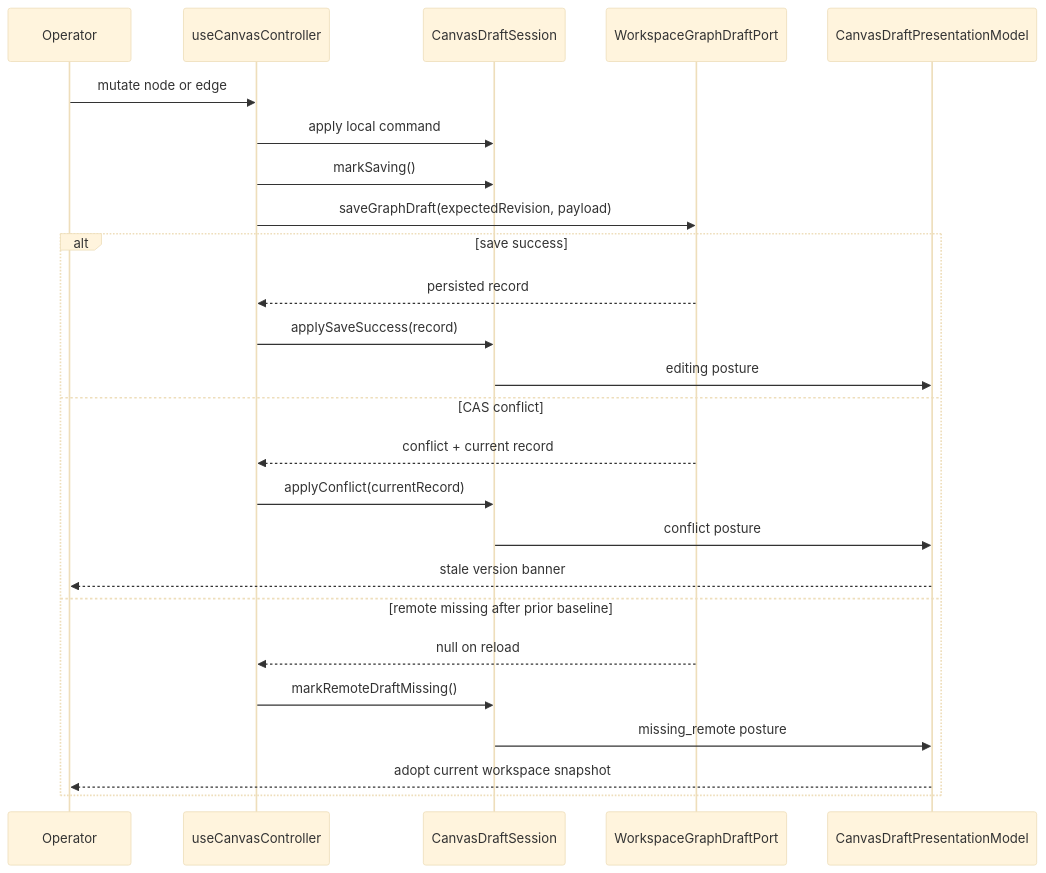
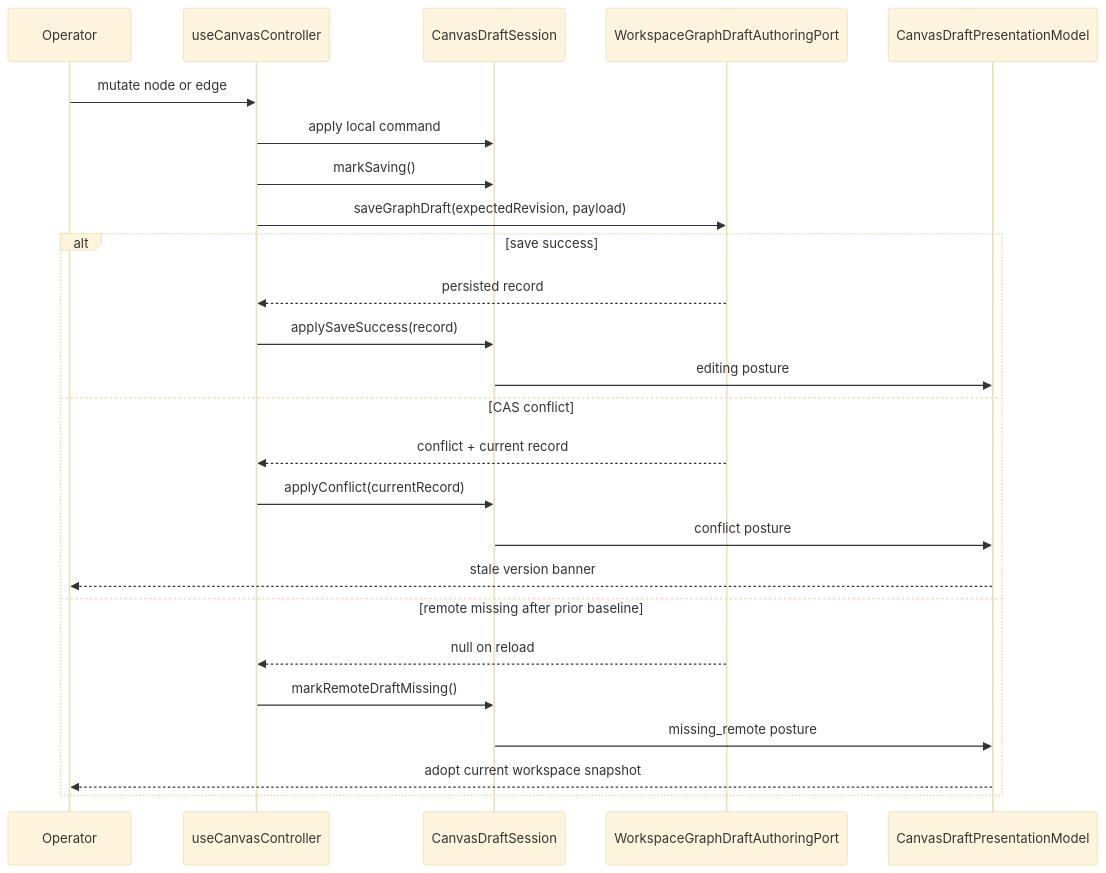
The sixth of 9 diagrams in docs/planning/proposals/mandatory/frontend-and-ux/tf-e2-canvas-target-architecture-execution-plan-20260417.md (dunay2/dvt), drawn with Mermaid (base theme) before and after one commit. The commit also changed other lines of this file and 42 other files, not shown here.

Commit message:
refactor(web): Hard-cut canvas typed authoring port

````diff
--- a/docs/planning/proposals/mandatory/frontend-and-ux/tf-e2-canvas-target-architecture-execution-plan-20260417.md
+++ b/docs/planning/proposals/mandatory/frontend-and-ux/tf-e2-canvas-target-architecture-execution-plan-20260417.md
@@ -591,28 +627,28 @@
 ```mermaid
 sequenceDiagram
   participant Operator as Operator
   participant Controller as useCanvasController
   participant Session as CanvasDraftSession
-  participant DraftPort as WorkspaceGraphDraftPort
+  participant DraftPort as WorkspaceGraphDraftAuthoringPort
   participant Presentation as CanvasDraftPresentationModel
 
   Operator->>Controller: mutate node or edge
   Controller->>Session: apply local command
   Controller->>Session: markSaving()
   Controller->>DraftPort: saveGraphDraft(expectedRevision, payload)
   alt save success
     DraftPort-->>Controller: persisted record
     Controller->>Session: applySaveSuccess(record)
     Session->>Presentation: editing posture
   else CAS conflict
     DraftPort-->>Controller: conflict + current record
     Controller->>Session: applyConflict(currentRecord)
     Session->>Presentation: conflict posture
     Presentation-->>Operator: stale version banner
   else remote missing after prior baseline
     DraftPort-->>Controller: null on reload
     Controller->>Session: markRemoteDraftMissing()
     Session->>Presentation: missing_remote posture
     Presentation-->>Operator: adopt current workspace snapshot
   end
 ```
````
